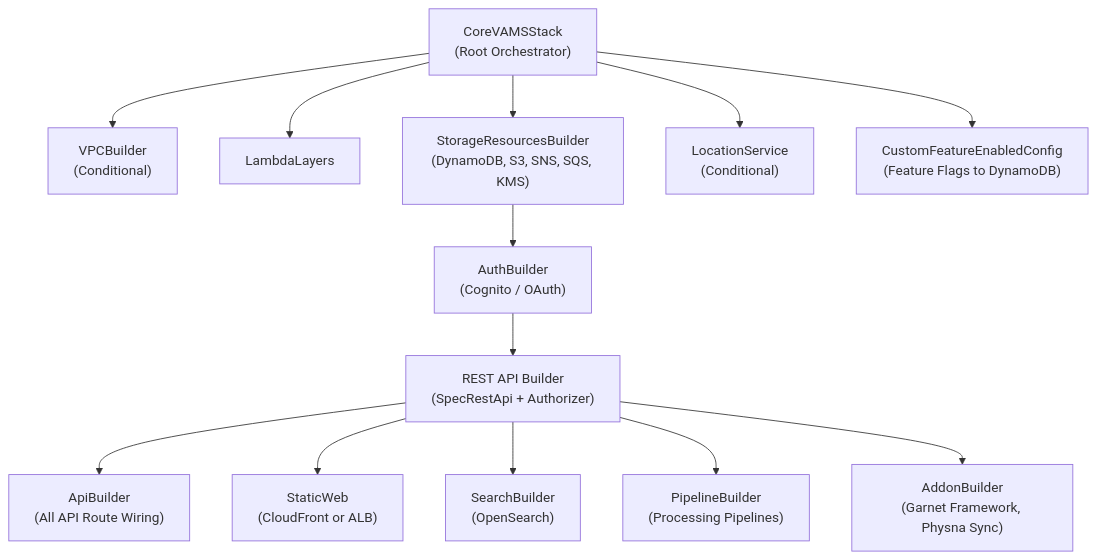
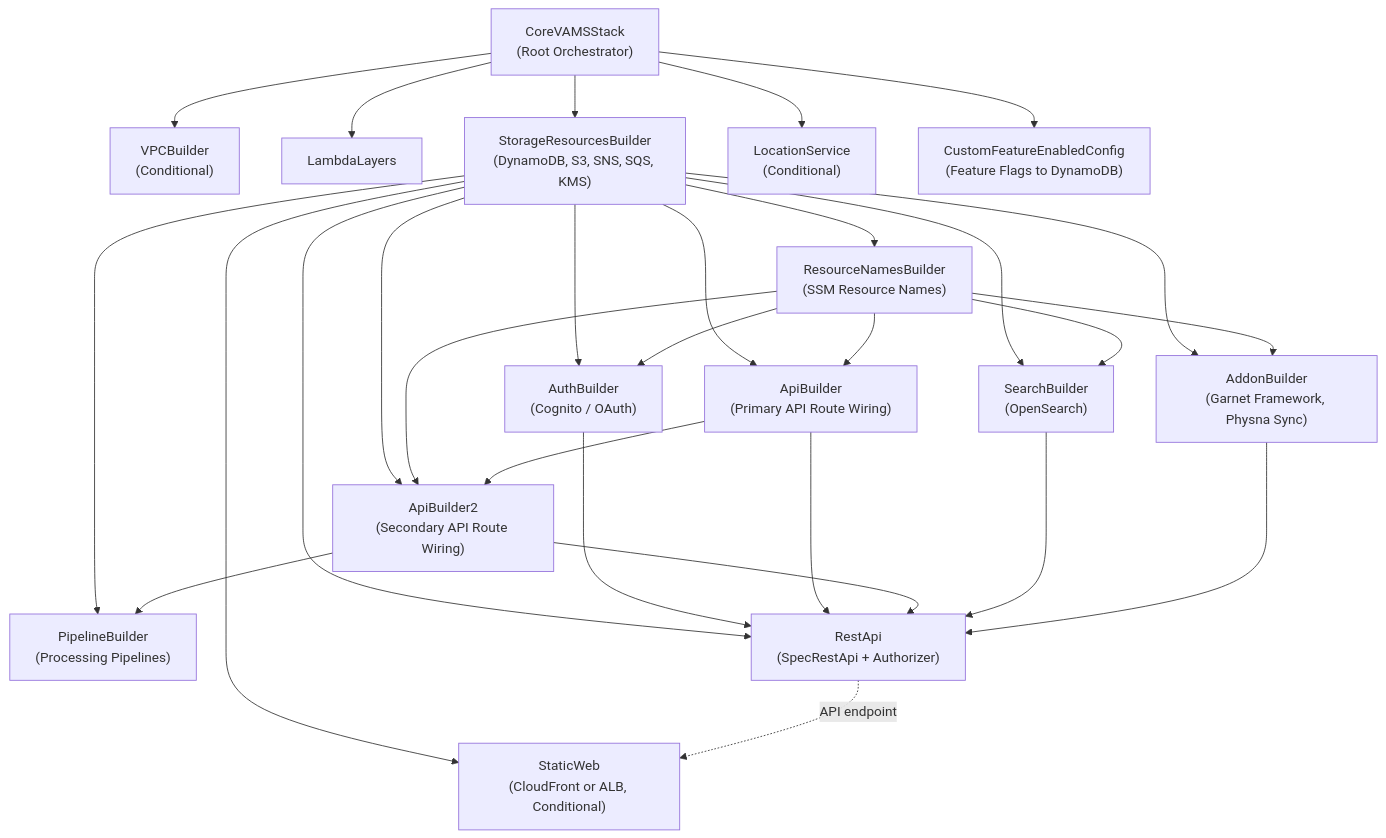
Before and after one commit to awslabs/visual-asset-management-system: the third of 3 diagrams in documentation/docusaurus-site/docs/architecture/overview.md, drawn with Mermaid. The commit also changed other lines of this file and 221 other files, not shown here.

````diff
--- a/documentation/docusaurus-site/docs/architecture/overview.md
+++ b/documentation/docusaurus-site/docs/architecture/overview.md
@@ -130,29 +130,46 @@
 ```mermaid
 graph TD
     Core["CoreVAMSStack<br/>(Root Orchestrator)"]
     VPC["VPCBuilder<br/>(Conditional)"]
     Layers["LambdaLayers"]
     Storage["StorageResourcesBuilder<br/>(DynamoDB, S3, SNS, SQS, KMS)"]
+    Names["ResourceNamesBuilder<br/>(SSM Resource Names)"]
     Auth["AuthBuilder<br/>(Cognito / OAuth)"]
-    API["REST API Builder<br/>(SpecRestApi + Authorizer)"]
-    APIBuilder["ApiBuilder<br/>(All API Route Wiring)"]
-    StaticWeb["StaticWeb<br/>(CloudFront or ALB)"]
+    APIBuilder["ApiBuilder<br/>(Primary API Route Wiring)"]
+    APIBuilder2["ApiBuilder2<br/>(Secondary API Route Wiring)"]
     Search["SearchBuilder<br/>(OpenSearch)"]
     Pipelines["PipelineBuilder<br/>(Processing Pipelines)"]
     Addons["AddonBuilder<br/>(Garnet Framework, Physna Sync)"]
+    API["RestApi<br/>(SpecRestApi + Authorizer)"]
+    StaticWeb["StaticWeb<br/>(CloudFront or ALB, Conditional)"]
     Location["LocationService<br/>(Conditional)"]
     Features["CustomFeatureEnabledConfig<br/>(Feature Flags to DynamoDB)"]
 
     Core --> VPC
     Core --> Layers
     Core --> Storage
-    Storage --> Auth
-    Auth --> API
-    API --> APIBuilder
-    API --> StaticWeb
-    API --> Search
-    API --> Pipelines
-    API --> Addons
     Core --> Location
     Core --> Features
+    Storage --> Names
+    Storage --> Auth
+    Names --> Auth
+    Storage --> APIBuilder
+    Names --> APIBuilder
+    Storage --> APIBuilder2
+    Names --> APIBuilder2
+    APIBuilder --> APIBuilder2
+    Storage --> Search
+    Names --> Search
+    Storage --> Pipelines
+    APIBuilder2 --> Pipelines
+    Storage --> Addons
+    Names --> Addons
+    Storage --> API
+    Auth --> API
+    APIBuilder --> API
+    APIBuilder2 --> API
+    Search --> API
+    Addons --> API
+    Storage --> StaticWeb
+    API -.->|API endpoint| StaticWeb
 ```
````
